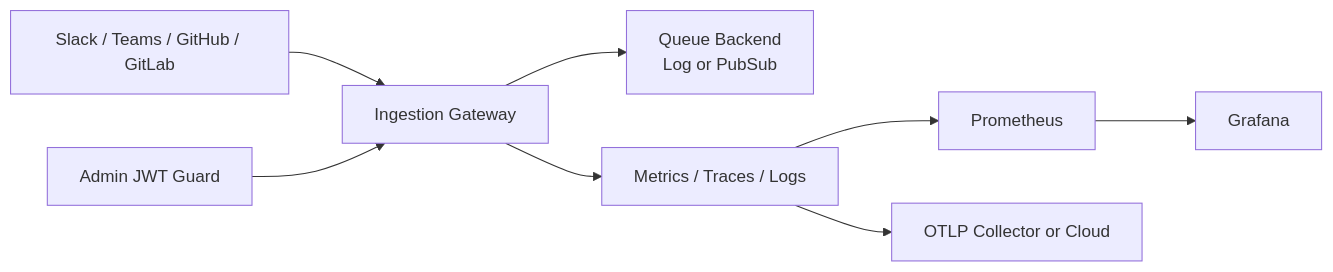
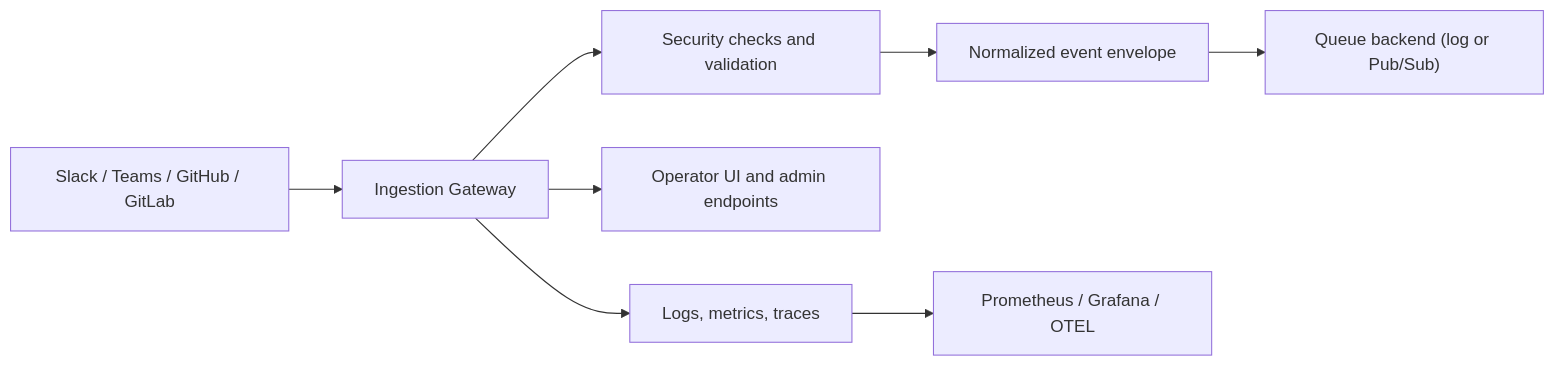
One commit to kill74/TeamPulseBridge changed the diagram in README.md. Above: the diagram before and after it, drawn with Mermaid. The commit also changed other lines of this file and 17 other files, not shown here.

Commit message:
Harden replay and queue flows and refresh project documentation

````diff
--- a/README.md
+++ b/README.md
@@ -22,10 +42,10 @@
 ```mermaid
 flowchart LR
-  A[Slack / Teams / GitHub / GitLab] --> B[Ingestion Gateway]
-  B --> C[Queue Backend\nLog or PubSub]
-  B --> D[Metrics / Traces / Logs]
-  D --> E[Prometheus]
-  D --> F[OTLP Collector or Cloud]
-  E --> G[Grafana]
-  H[Admin JWT Guard] --> B
+  A["Slack / Teams / GitHub / GitLab"] --> B["Ingestion Gateway"]
+  B --> C["Security checks and validation"]
+  C --> D["Normalized event envelope"]
+  D --> E["Queue backend (log or Pub/Sub)"]
+  B --> F["Operator UI and admin endpoints"]
+  B --> G["Logs, metrics, traces"]
+  G --> H["Prometheus / Grafana / OTEL"]
 ```
````
